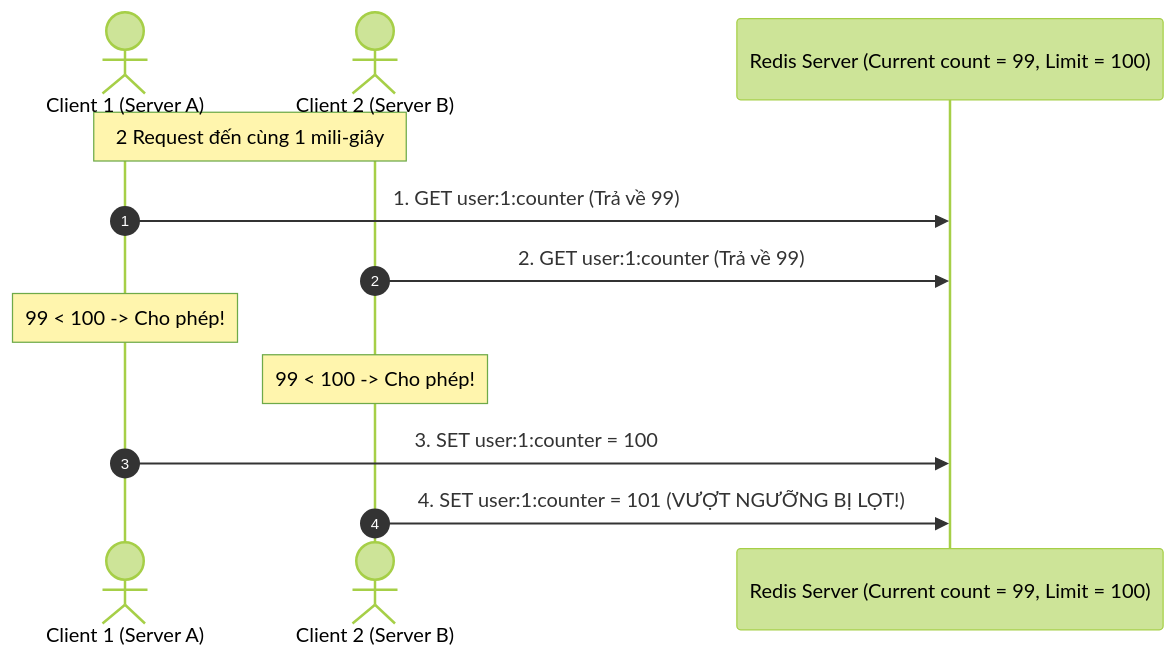
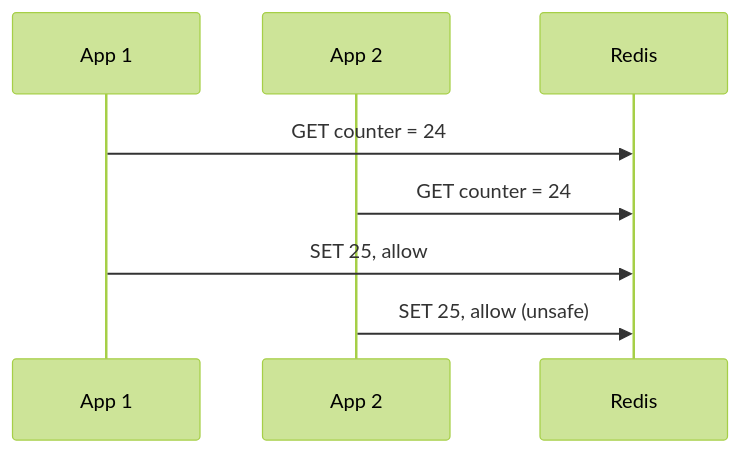
One commit to hayashi13597/system-design-master changed the diagram in docs/03-rate-limiting.md. Above: the diagram before and after it, drawn with Mermaid (forest theme). The commit also changed other lines of this file and 10 other files, not shown here.

````diff
--- a/docs/03-rate-limiting.md
+++ b/docs/03-rate-limiting.md
@@ -79,17 +23,10 @@
 ```mermaid
 sequenceDiagram
-    autonumber
-    actor C1 as Client 1 (Server A)
-    actor C2 as Client 2 (Server B)
-    participant Redis as Redis Server (Current count = 99, Limit = 100)
-
-    Note over C1, C2: 2 Request đến cùng 1 mili-giây
-    C1->>Redis: 1. GET user:1:counter (Trả về 99)
-    C2->>Redis: 2. GET user:1:counter (Trả về 99)
-
-    Note over C1: 99 < 100 -> Cho phép!
-    Note over C2: 99 < 100 -> Cho phép!
-
-    C1->>Redis: 3. SET user:1:counter = 100
-    C2->>Redis: 4. SET user:1:counter = 101 (VƯỢT NGƯỠNG BỊ LỌT!)
+ participant A as App 1
+ participant B as App 2
+ participant R as Redis
+ A->>R: GET counter = 24
+ B->>R: GET counter = 24
+ A->>R: SET 25, allow
+ B->>R: SET 25, allow (unsafe)
 ```
````
